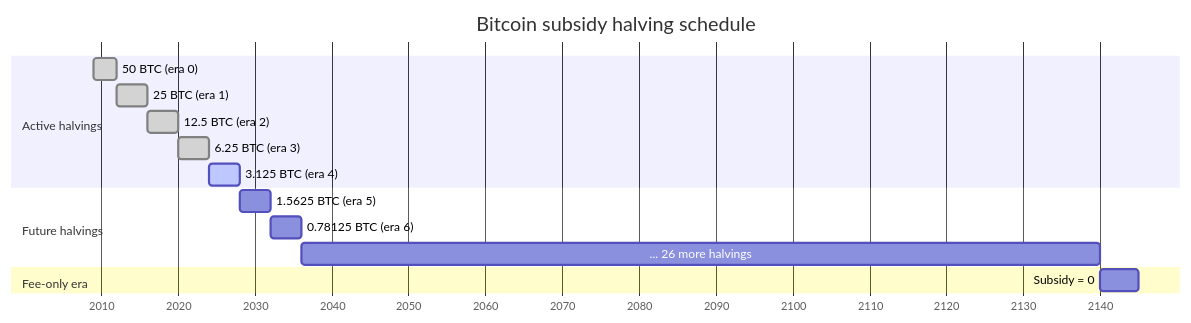
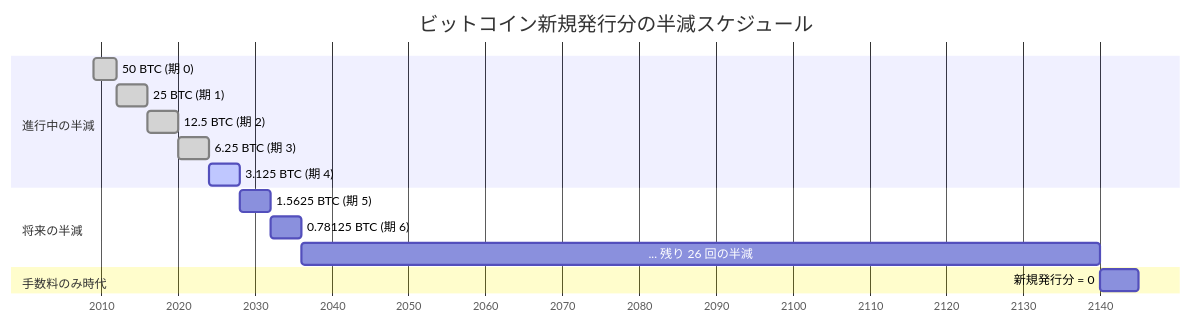
Before and after one commit to cypher256/BitcoinArchive: the first of 5 diagrams in src/data/translations/ja/design/2009-01-03-bitcoin-monetary-design.md, drawn with Mermaid. The commit also changed other lines of this file and 11 other files, not shown here.

````diff
--- a/src/data/translations/ja/design/2009-01-03-bitcoin-monetary-design.md
+++ b/src/data/translations/ja/design/2009-01-03-bitcoin-monetary-design.md
@@ -61,18 +61,18 @@
 ```mermaid
 gantt
-    title Bitcoin subsidy halving schedule
+    title ビットコイン新規発行分の半減スケジュール
     dateFormat YYYY
     axisFormat %Y
-    section Active halvings
-        50 BTC (era 0)       :done, e0, 2009, 2012
-        25 BTC (era 1)       :done, e1, 2012, 2016
-        12.5 BTC (era 2)     :done, e2, 2016, 2020
-        6.25 BTC (era 3)     :done, e3, 2020, 2024
-        3.125 BTC (era 4)    :active, e4, 2024, 2028
-    section Future halvings
-        1.5625 BTC (era 5)   :e5, 2028, 2032
-        0.78125 BTC (era 6)  :e6, 2032, 2036
-        ... 26 more halvings  :e7, 2036, 2140
-    section Fee-only era
-        Subsidy = 0          :e8, 2140, 2145
+    section 進行中の半減
+        50 BTC (期 0)       :done, e0, 2009, 2012
+        25 BTC (期 1)       :done, e1, 2012, 2016
+        12.5 BTC (期 2)     :done, e2, 2016, 2020
+        6.25 BTC (期 3)     :done, e3, 2020, 2024
+        3.125 BTC (期 4)    :active, e4, 2024, 2028
+    section 将来の半減
+        1.5625 BTC (期 5)   :e5, 2028, 2032
+        0.78125 BTC (期 6)  :e6, 2032, 2036
+        ... 残り 26 回の半減  :e7, 2036, 2140
+    section 手数料のみ時代
+        新規発行分 = 0       :e8, 2140, 2145
 ```
````
